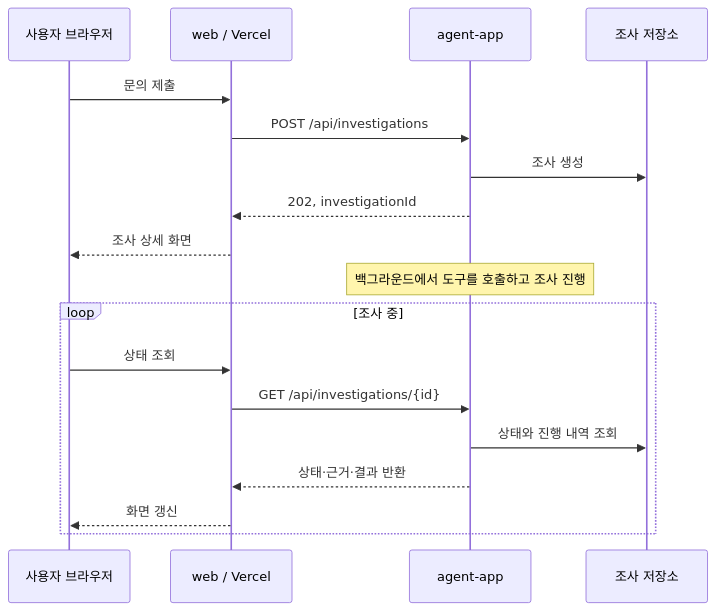
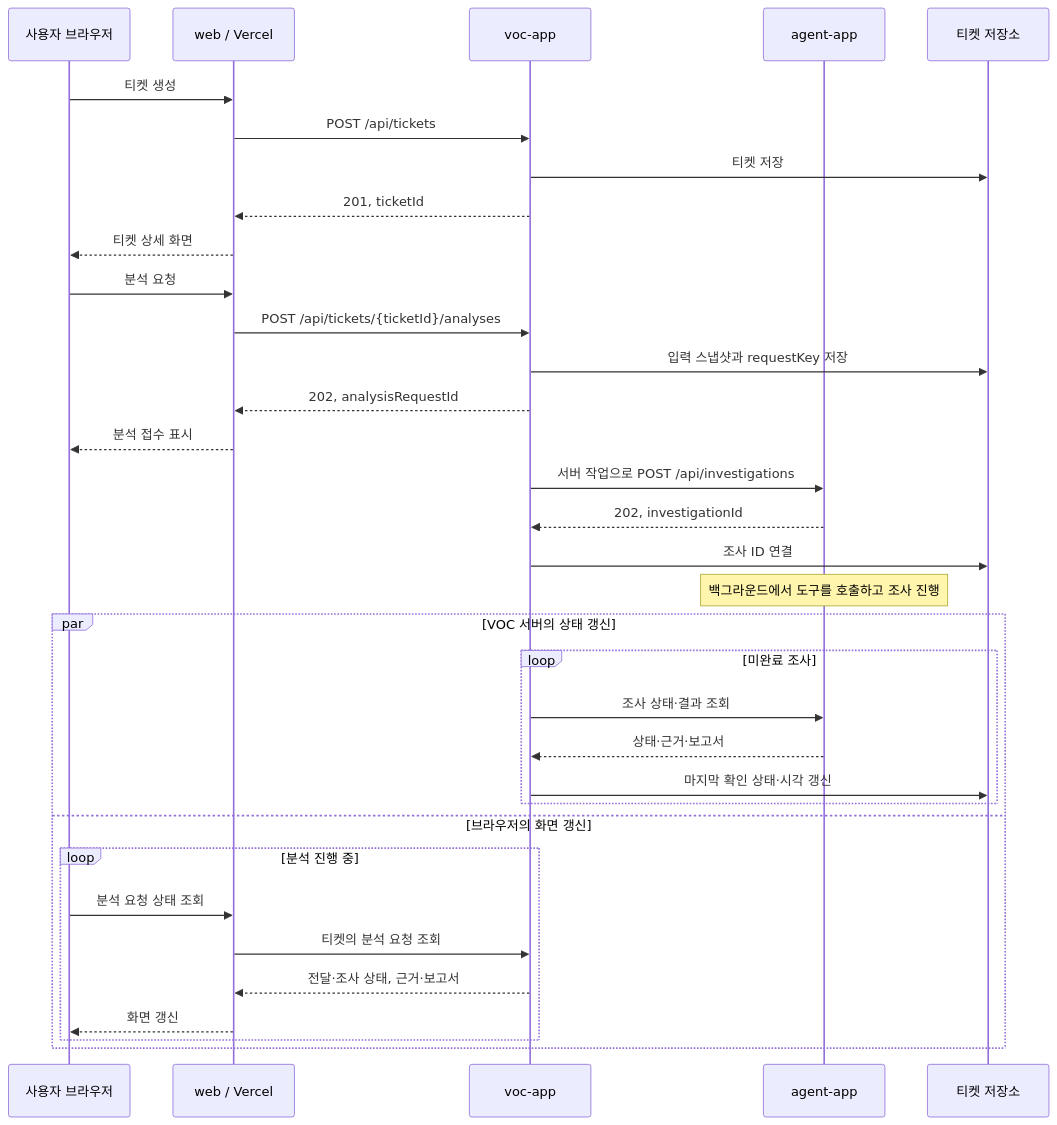
The first of 2 diagrams in docs/frontend-deployment.md (sanghyo-lab/jdd), drawn with Mermaid before and after one commit. The commit also changed other lines of this file and 11 other files, not shown here.

````diff
--- a/docs/frontend-deployment.md
+++ b/docs/frontend-deployment.md
@@ -64,21 +67,37 @@
 ```mermaid
 sequenceDiagram
     participant U as 사용자 브라우저
     participant W as web / Vercel
+    participant V as voc-app
     participant A as agent-app
-    participant D as 조사 저장소
+    participant T as 티켓 저장소
 
-    U->>W: 문의 제출
-    W->>A: POST /api/investigations
-    A->>D: 조사 생성
-    A-->>W: 202, investigationId
-    W-->>U: 조사 상세 화면
+    U->>W: 티켓 생성
+    W->>V: POST /api/tickets
+    V->>T: 티켓 저장
+    V-->>W: 201, ticketId
+    W-->>U: 티켓 상세 화면
+    U->>W: 분석 요청
+    W->>V: POST /api/tickets/{ticketId}/analyses
+    V->>T: 입력 스냅샷과 requestKey 저장
+    V-->>W: 202, analysisRequestId
+    W-->>U: 분석 접수 표시
+    V->>A: 서버 작업으로 POST /api/investigations
+    A-->>V: 202, investigationId
+    V->>T: 조사 ID 연결
     Note over A: 백그라운드에서 도구를 호출하고 조사 진행
-    loop 조사 중
-        U->>W: 상태 조회
-        W->>A: GET /api/investigations/{id}
-        A->>D: 상태와 진행 내역 조회
-        A-->>W: 상태·근거·결과 반환
-        W-->>U: 화면 갱신
+    par VOC 서버의 상태 갱신
+        loop 미완료 조사
+            V->>A: 조사 상태·결과 조회
+            A-->>V: 상태·근거·보고서
+            V->>T: 마지막 확인 상태·시각 갱신
+        end
+    and 브라우저의 화면 갱신
+        loop 분석 진행 중
+            U->>W: 분석 요청 상태 조회
+            W->>V: 티켓의 분석 요청 조회
+            V-->>W: 전달·조사 상태, 근거·보고서
+            W-->>U: 화면 갱신
+        end
     end
 ```
````
